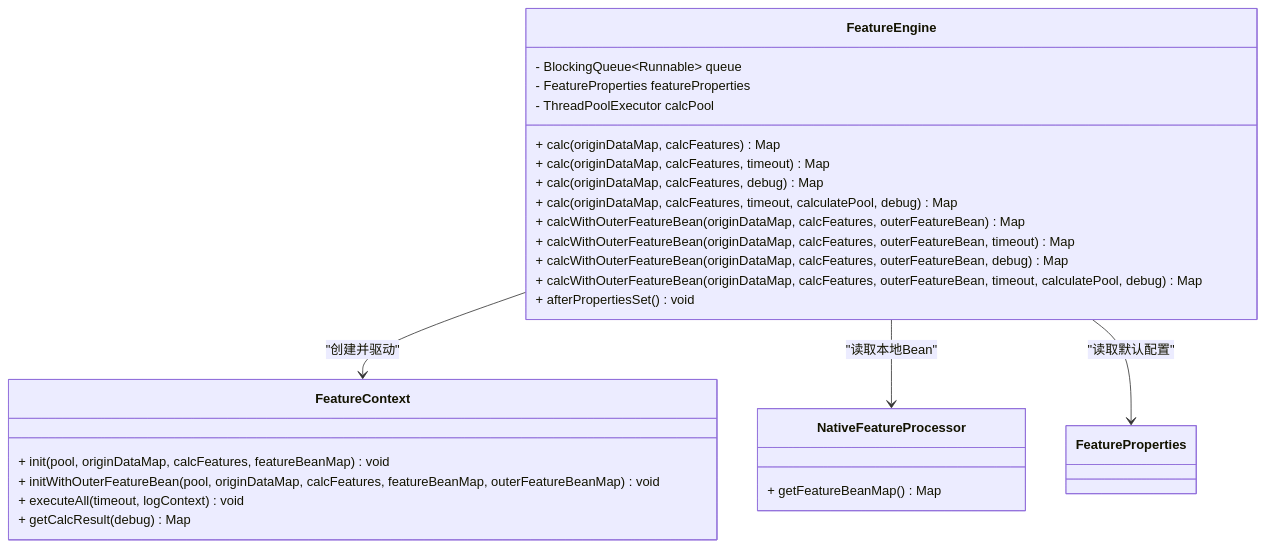
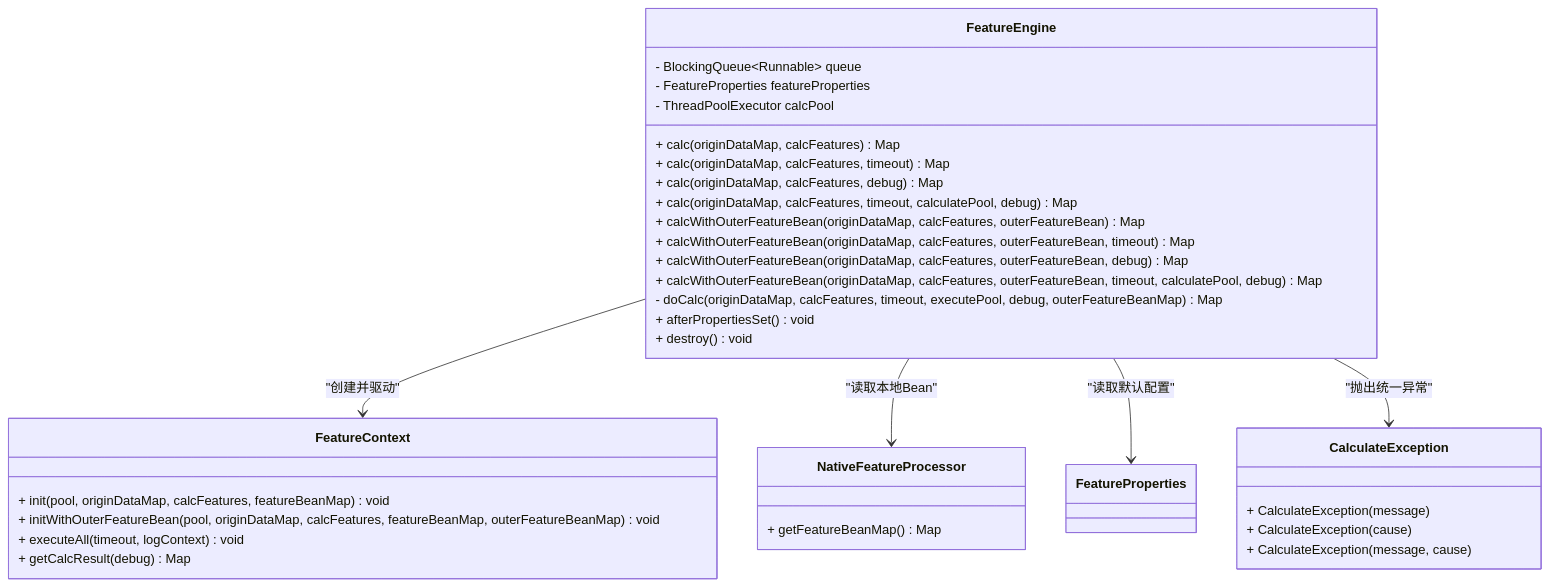
One commit to txzhanghuan/feature changed the third of 4 diagrams in .qoder/repowiki/zh/content/API参考/FeatureEngine核心API.md. Above: the diagram before and after it, drawn with Mermaid. The commit also changed other lines of this file and 13 other files, not shown here.

````diff
--- a/.qoder/repowiki/zh/content/API参考/FeatureEngine核心API.md
+++ b/.qoder/repowiki/zh/content/API参考/FeatureEngine核心API.md
@@ -207,29 +262,37 @@
 ```mermaid
 classDiagram
 class FeatureEngine {
 - BlockingQueue~Runnable~ queue
 - FeatureProperties featureProperties
 - ThreadPoolExecutor calcPool
 + calc(originDataMap, calcFeatures) Map
 + calc(originDataMap, calcFeatures, timeout) Map
 + calc(originDataMap, calcFeatures, debug) Map
 + calc(originDataMap, calcFeatures, timeout, calculatePool, debug) Map
 + calcWithOuterFeatureBean(originDataMap, calcFeatures, outerFeatureBean) Map
 + calcWithOuterFeatureBean(originDataMap, calcFeatures, outerFeatureBean, timeout) Map
 + calcWithOuterFeatureBean(originDataMap, calcFeatures, outerFeatureBean, debug) Map
 + calcWithOuterFeatureBean(originDataMap, calcFeatures, outerFeatureBean, timeout, calculatePool, debug) Map
+- doCalc(originDataMap, calcFeatures, timeout, executePool, debug, outerFeatureBeanMap) Map
 + afterPropertiesSet() void
++ destroy() void
 }
 class FeatureContext {
 + init(pool, originDataMap, calcFeatures, featureBeanMap) void
 + initWithOuterFeatureBean(pool, originDataMap, calcFeatures, featureBeanMap, outerFeatureBeanMap) void
 + executeAll(timeout, logContext) void
 + getCalcResult(debug) Map
 }
 class NativeFeatureProcessor {
 + getFeatureBeanMap() Map
 }
+class CalculateException {
++ CalculateException(message)
++ CalculateException(cause)
++ CalculateException(message, cause)
+}
 FeatureEngine --> FeatureContext : "创建并驱动"
 FeatureEngine --> NativeFeatureProcessor : "读取本地Bean"
 FeatureEngine --> FeatureProperties : "读取默认配置"
+FeatureEngine --> CalculateException : "抛出统一异常"
 ```
````
